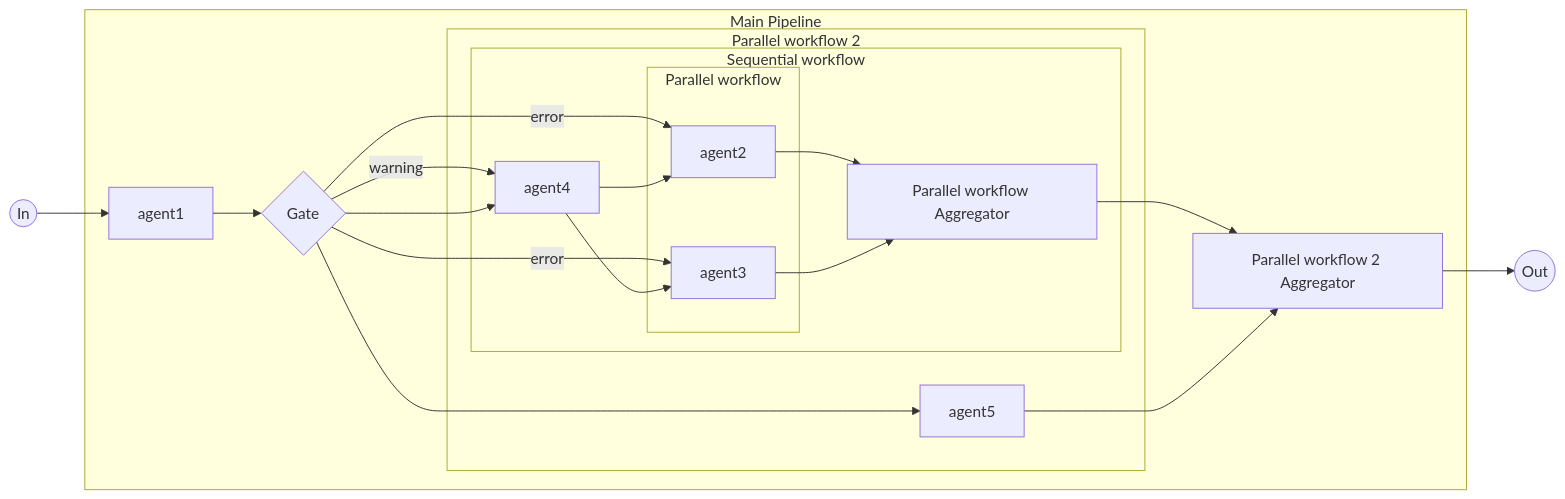
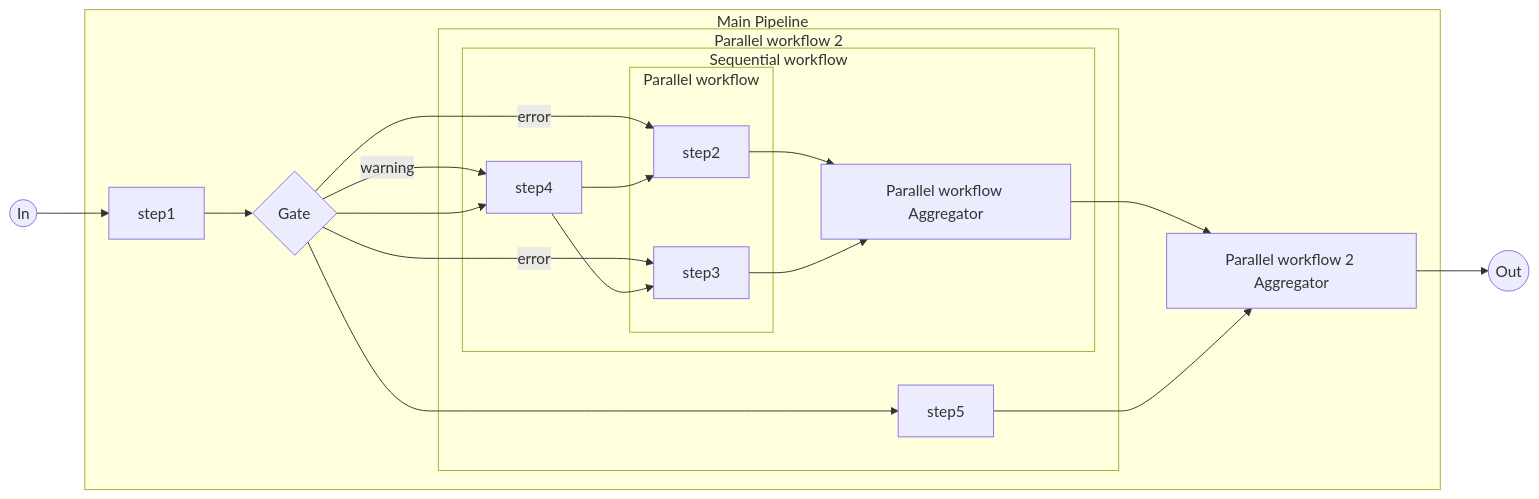
The diagram in examples/complex_workflow/diagram.md (rootstrap/mars), drawn with Mermaid before and after one commit. The commit also changed 3 other files, not shown here.

````diff
--- a/examples/complex_workflow/diagram.md
+++ b/examples/complex_workflow/diagram.md
@@ -1,47 +1,47 @@
 ```mermaid
 flowchart LR
 in((In))
 out((Out))
-agent1[agent1]
+step1[step1]
 gate{Gate}
-agent4[agent4]
+step4[step4]
 parallel_workflow_aggregator[Parallel workflow Aggregator]
-agent2[agent2]
-agent3[agent3]
+step2[step2]
+step3[step3]
 parallel_workflow_2_aggregator[Parallel workflow 2 Aggregator]
-agent5[agent5]
+step5[step5]
 subgraph parallel_workflow_2["Parallel workflow 2"]
   sequential_workflow
-  agent5
+  step5
 end
 subgraph parallel_workflow["Parallel workflow"]
-  agent2
-  agent3
+  step2
+  step3
 end
 subgraph sequential_workflow["Sequential workflow"]
-  agent4
+  step4
   parallel_workflow
   parallel_workflow_aggregator
 end
 subgraph main_pipeline["Main Pipeline"]
-  agent1
+  step1
   gate
   parallel_workflow_aggregator
   parallel_workflow_2
   parallel_workflow_2_aggregator
 end
-in --> agent1
-agent1 --> gate
-gate -->|warning| agent4
-gate -->|error| agent2
-gate -->|error| agent3
-gate --> agent4
-gate --> agent5
-agent4 --> agent2
-agent4 --> agent3
-agent2 --> parallel_workflow_aggregator
+in --> step1
+step1 --> gate
+gate -->|warning| step4
+gate -->|error| step2
+gate -->|error| step3
+gate --> step4
+gate --> step5
+step4 --> step2
+step4 --> step3
+step2 --> parallel_workflow_aggregator
 parallel_workflow_aggregator --> parallel_workflow_2_aggregator
-agent3 --> parallel_workflow_aggregator
+step3 --> parallel_workflow_aggregator
 parallel_workflow_2_aggregator --> out
-agent5 --> parallel_workflow_2_aggregator
+step5 --> parallel_workflow_2_aggregator
 ```
````
